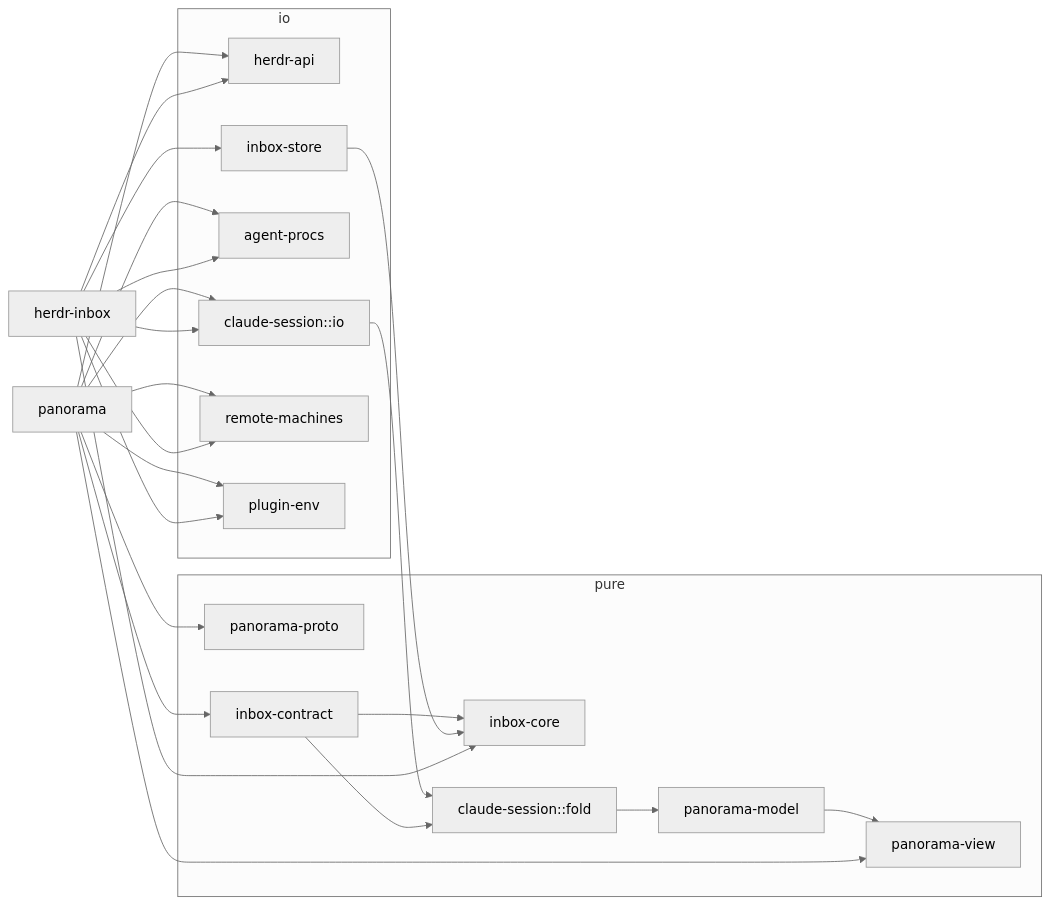
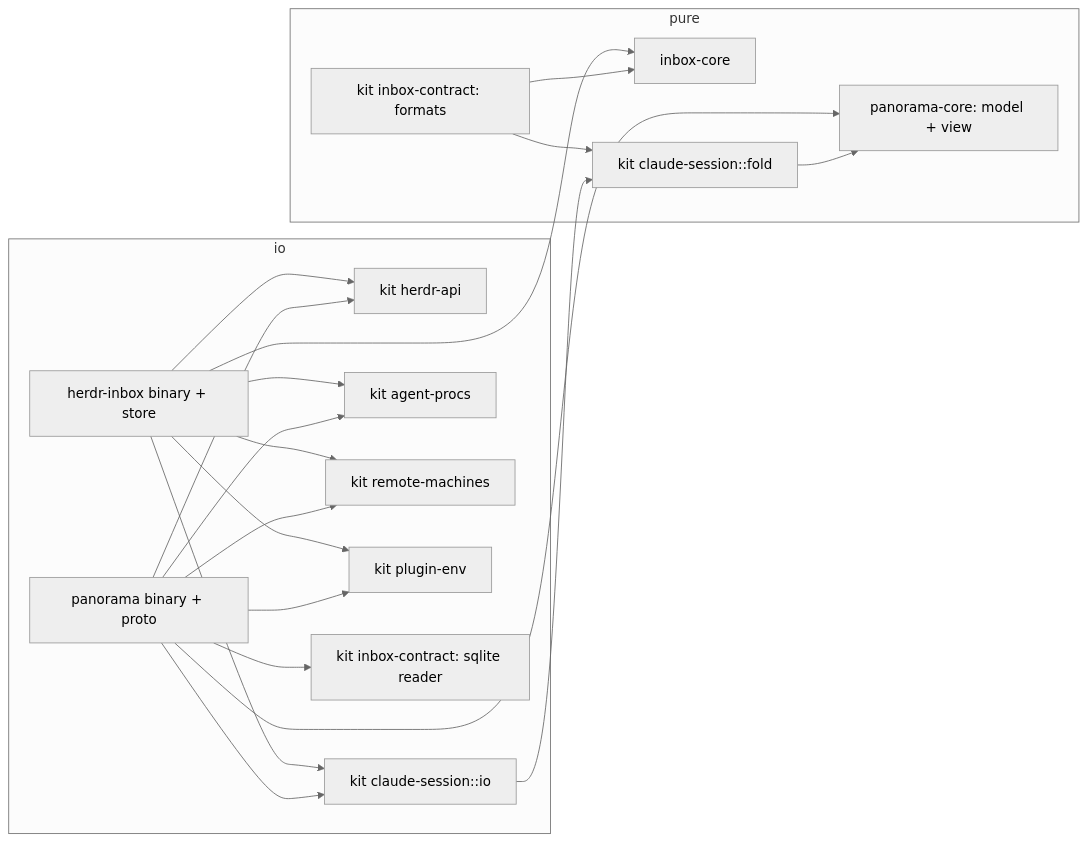
The diagram in docs/plans/rust-rewrite.md (LeaveMyYard/herdr-panorama), drawn with Mermaid (neutral theme) before and after one commit. The commit also changed other lines of this file, not shown here.

````diff
--- a/docs/plans/rust-rewrite.md
+++ b/docs/plans/rust-rewrite.md
@@ -303,25 +318,25 @@
 ```mermaid
 graph LR
   subgraph pure
-    PM[panorama-model] --> PV[panorama-view]
-    PP[panorama-proto]
+    PC[panorama-core: model + view]
     IC[inbox-core]
-    IF[inbox-contract]
-    CSf[claude-session::fold]
+    IF[kit inbox-contract: formats]
+    CSf[kit claude-session::fold]
   end
   subgraph io
-    HA[herdr-api]
-    CSio[claude-session::io]
-    AP[agent-procs]
-    IS[inbox-store]
-    RM[remote-machines]
-    PE[plugin-env]
+    HA[kit herdr-api]
+    CSio[kit claude-session::io]
+    AP[kit agent-procs]
+    RM[kit remote-machines]
+    PE[kit plugin-env]
+    IR[kit inbox-contract: sqlite reader]
+    PB[panorama binary + proto]
+    IB[herdr-inbox binary + store]
   end
   CSio --> CSf
-  CSf --> PM
+  CSf --> PC
   IF --> IC
   IF --> CSf
-  IS --> IC
-  panorama --> PV & PP & HA & CSio & AP & RM & PE & IF
-  herdr-inbox --> IC & IS & HA & CSio & AP & RM & PE
+  PB --> PC & HA & CSio & AP & RM & PE & IR
+  IB --> IC & HA & CSio & AP & RM & PE
 ```
````
